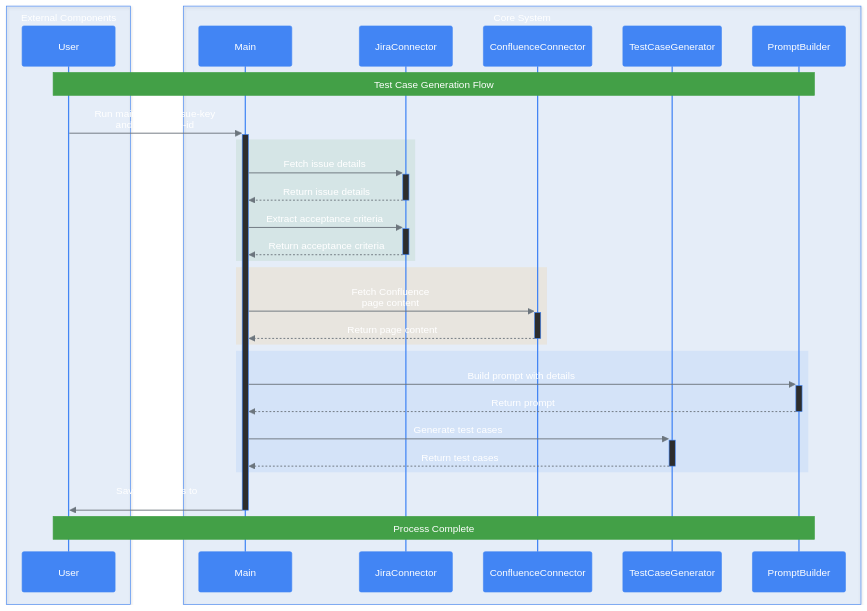
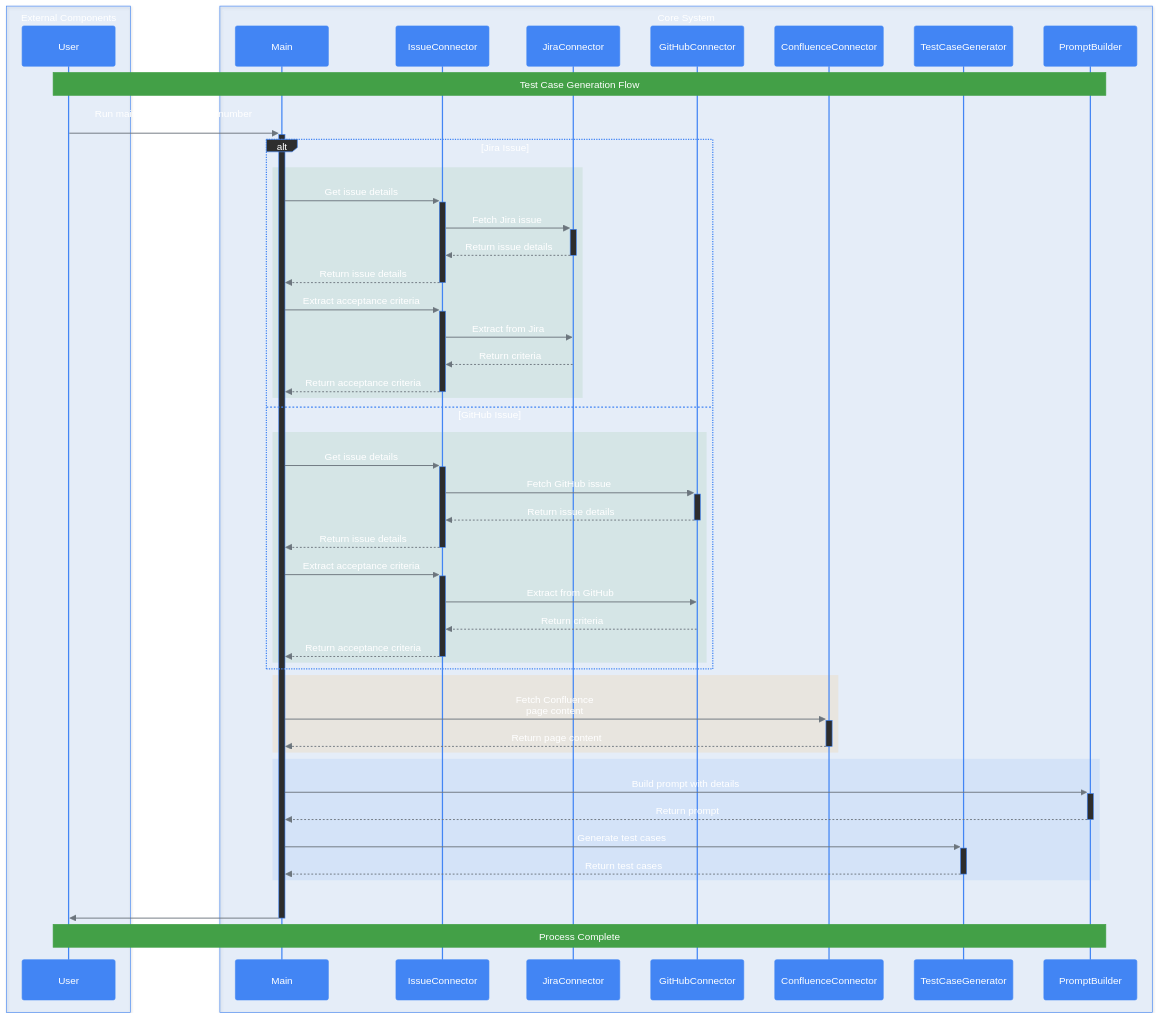
Before and after one commit to dipjyotimetia/friday: the diagram in README.md, drawn with Mermaid. The commit also changed 5 other files, not shown here.

```diff
--- a/README.md
+++ b/README.md
@@ -58,7 +58,9 @@
     
     box rgba(66, 133, 244, 0.1) Core System
     participant Main
+    participant IssueConnector
     participant JiraConnector
+    participant GitHubConnector
     participant ConfluenceConnector
     participant TestCaseGenerator
     participant PromptBuilder
@@ -66,13 +68,30 @@
 
     Note over User,PromptBuilder: Test Case Generation Flow
 
-    User->>+Main: Run main.py with issue-key<br/>and confluence-id
+    User->>+Main: Run main.py with issue-key/number<br/>and confluence-id
     
-    rect rgba(67, 160, 71, 0.1)
-        Main->>+JiraConnector: Fetch issue details
-        JiraConnector-->>-Main: Return issue details
-        Main->>+JiraConnector: Extract acceptance criteria
-        JiraConnector-->>-Main: Return acceptance criteria
+    alt Jira Issue
+        rect rgba(67, 160, 71, 0.1)
+            Main->>+IssueConnector: Get issue details
+            IssueConnector->>+JiraConnector: Fetch Jira issue
+            JiraConnector-->>-IssueConnector: Return issue details
+            IssueConnector-->>-Main: Return issue details
+            Main->>+IssueConnector: Extract acceptance criteria
+            IssueConnector->>JiraConnector: Extract from Jira
+            JiraConnector-->>IssueConnector: Return criteria
+            IssueConnector-->>-Main: Return acceptance criteria
+        end
+    else GitHub Issue
+        rect rgba(67, 160, 71, 0.1)
+            Main->>+IssueConnector: Get issue details
+            IssueConnector->>+GitHubConnector: Fetch GitHub issue
+            GitHubConnector-->>-IssueConnector: Return issue details
+            IssueConnector-->>-Main: Return issue details
+            Main->>+IssueConnector: Extract acceptance criteria
+            IssueConnector->>GitHubConnector: Extract from GitHub
+            GitHubConnector-->>IssueConnector: Return criteria
+            IssueConnector-->>-Main: Return acceptance criteria
+        end
     end
     
     rect rgba(255, 152, 0, 0.1)
```
